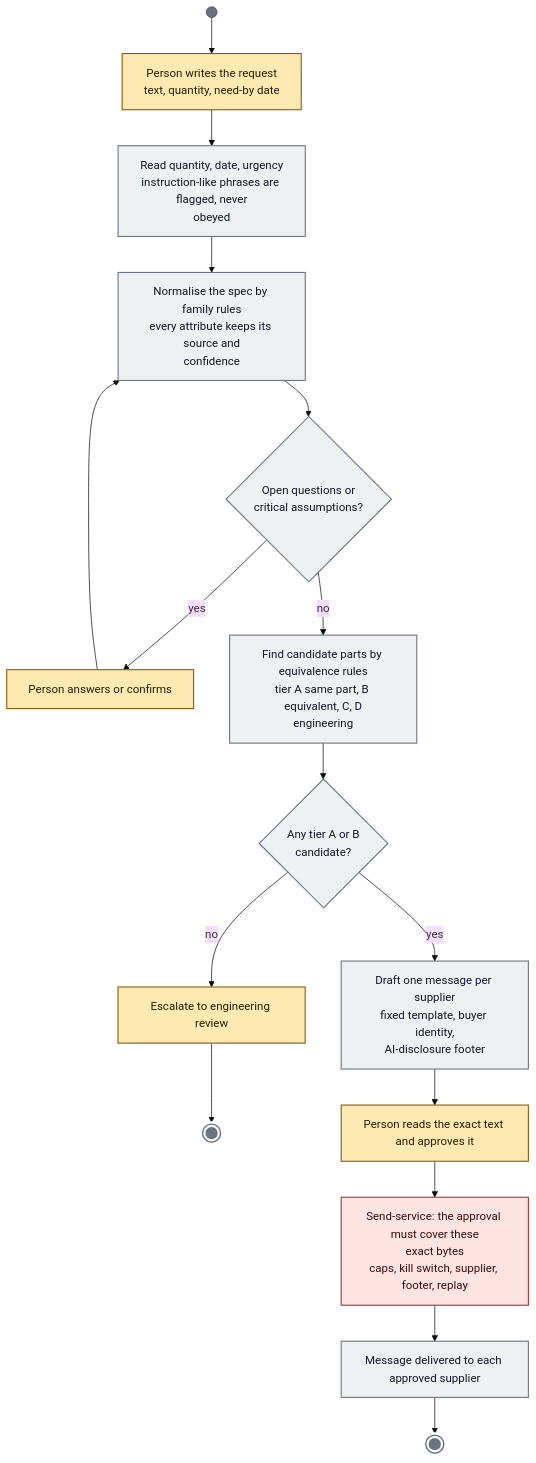
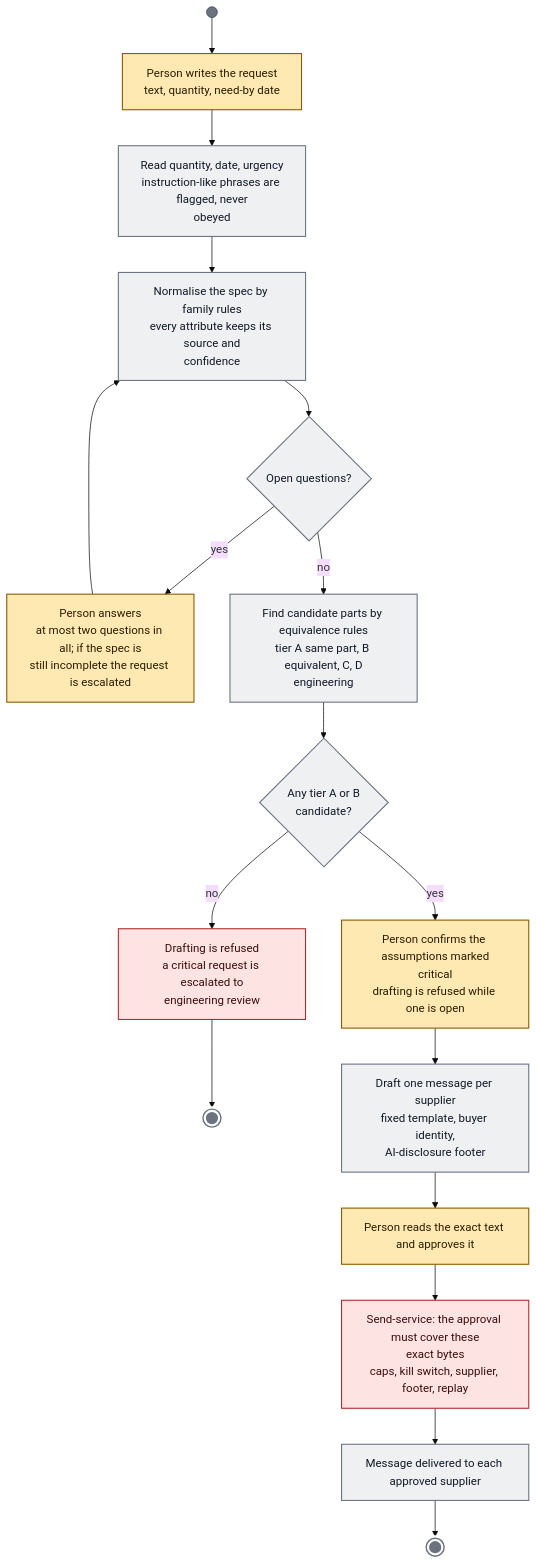
Before and after one commit to emre-akarsu/ai-commerce-ideas: the second of 33 diagrams in docs/architecture/activity-diagrams.md, drawn with Mermaid (base theme). The commit also changed other lines of this file, not shown here.

First line of the commit message:
docs: correct the activity diagrams after an independent fact-check of the remaining modules and optimizations

````diff
--- a/docs/architecture/activity-diagrams.md
+++ b/docs/architecture/activity-diagrams.md
@@ -56,26 +56,27 @@
 ```mermaid
 flowchart TB
 classDef human fill:#ffe9b3,stroke:#8a5a00,color:#2a1c00,stroke-width:1.5px
 classDef rule fill:#eef0f2,stroke:#6b7280,color:#111827,stroke-width:1.5px
 classDef ai fill:#e9e3ff,stroke:#5b3fc4,color:#1e1050,stroke-width:2.5px,stroke-dasharray:6 4
 classDef opt fill:#d8f3e4,stroke:#1b7a4a,color:#0b2e1b,stroke-width:1.5px
 classDef gate fill:#fde3e1,stroke:#b02b2b,color:#3a0d0d,stroke-width:1.5px
 classDef data fill:#dbeafe,stroke:#1d4ed8,color:#0b1f4d,stroke-width:1.5px
 classDef bar fill:#6b7280,stroke:#374151,color:#ffffff
 classDef fin fill:#6b7280,stroke:#ffffff,color:#ffffff,stroke-width:3px
 S((" ")):::bar --> a1["Person writes the request<br/>text, quantity, need-by date"]:::human
 a1 --> a2["Read quantity, date, urgency<br/>instruction-like phrases are flagged, never<br/>obeyed"]:::rule
 a2 --> a3["Normalise the spec by family rules<br/>every attribute keeps its source and<br/>confidence"]:::rule
-a3 --> d1{"Open questions or<br/>critical assumptions?"}:::rule
-d1 -->|"yes"| a4["Person answers or confirms"]:::human
+a3 --> d1{"Open questions?"}:::rule
+d1 -->|"yes"| a4["Person answers<br/>at most two questions in all; if the spec is<br/>still incomplete the request is escalated"]:::human
 a4 --> a3
 d1 -->|"no"| a5["Find candidate parts by equivalence rules<br/>tier A same part, B equivalent, C, D<br/>engineering"]:::rule
 a5 --> d2{"Any tier A or B<br/>candidate?"}:::rule
-d2 -->|"no"| x1["Escalate to engineering review"]:::human
+d2 -->|"no"| x1["Drafting is refused<br/>a critical request is escalated to<br/>engineering review"]:::gate
 x1 --> E1(((" "))):::fin
-d2 -->|"yes"| a6["Draft one message per supplier<br/>fixed template, buyer identity,<br/>AI-disclosure footer"]:::rule
+d2 -->|"yes"| a5b["Person confirms the assumptions marked<br/>critical<br/>drafting is refused while one is open"]:::human
+a5b --> a6["Draft one message per supplier<br/>fixed template, buyer identity,<br/>AI-disclosure footer"]:::rule
 a6 --> a7["Person reads the exact text and approves it"]:::human
 a7 --> g1["Send-service: the approval must cover these<br/>exact bytes<br/>caps, kill switch, supplier, footer, replay"]:::gate
 g1 --> a8["Message delivered to each approved supplier"]:::rule
 a8 --> E2(((" "))):::fin
 ```
````
